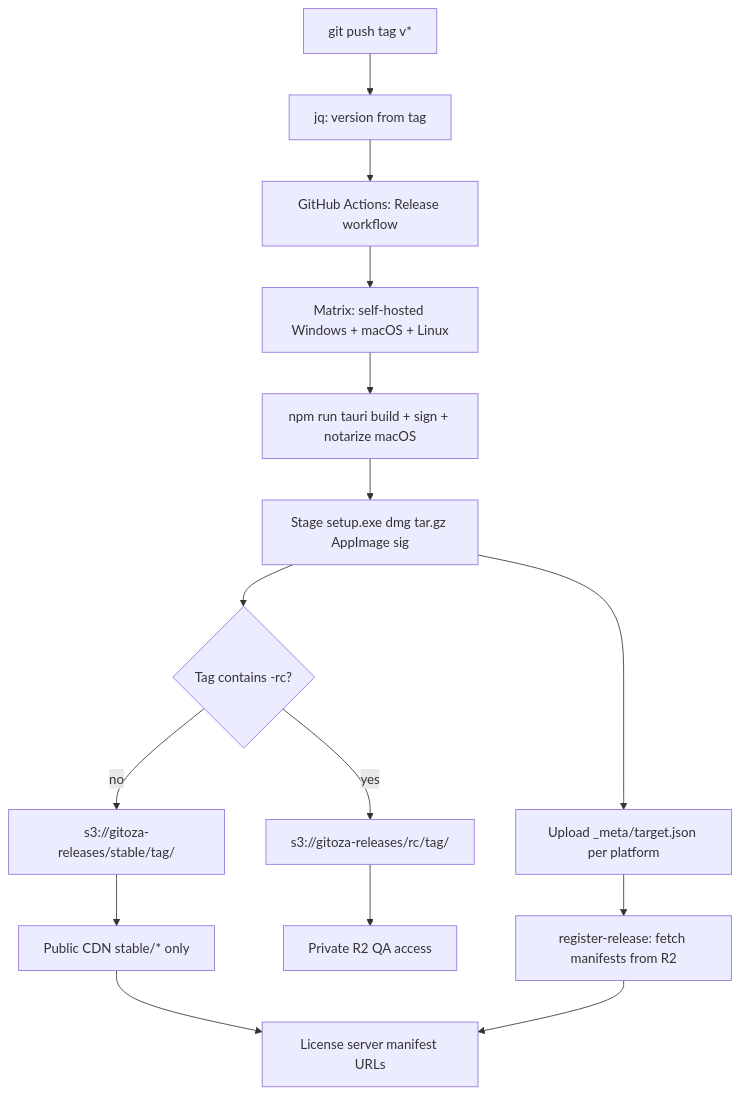
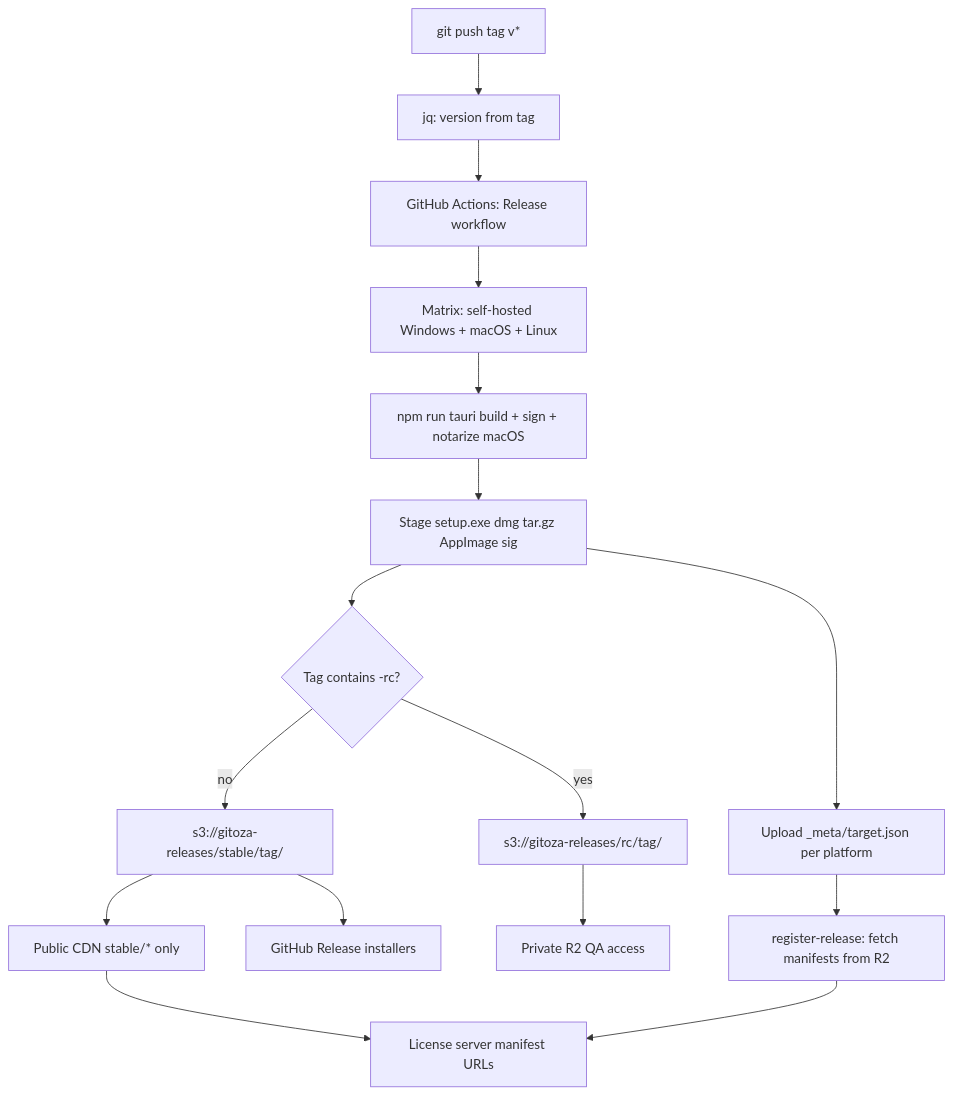
The diagram in docs/arch/release_build/README.md (gitoza-io/gitoza), drawn with Mermaid before and after one commit. The commit also changed other lines of this file and 5 other files, not shown here.

First line of the commit message:
Enhance README and add GitHub release asset scripts

````diff
--- a/docs/arch/release_build/README.md
+++ b/docs/arch/release_build/README.md
@@ -33,17 +33,18 @@
 ```mermaid
 flowchart TD
   tagPush["git push tag v*"] --> setVer["jq: version from tag"]
   setVer --> gha["GitHub Actions: Release workflow"]
   gha --> matrix["Matrix: self-hosted Windows + macOS + Linux"]
   matrix --> build["npm run tauri build + sign + notarize macOS"]
   build --> stage["Stage setup.exe dmg tar.gz AppImage sig"]
   stage --> channel{"Tag contains -rc?"}
   channel -->|yes| rc["s3://gitoza-releases/rc/tag/"]
   channel -->|no| stable["s3://gitoza-releases/stable/tag/"]
   stable --> cdn["Public CDN stable/* only"]
+  stable --> ghRel["GitHub Release installers"]
   rc --> private["Private R2 QA access"]
   cdn --> manifest["License server manifest URLs"]
   stage --> meta["Upload _meta/target.json per platform"]
   meta --> register["register-release: fetch manifests from R2"]
   register --> manifest
 ```
````
